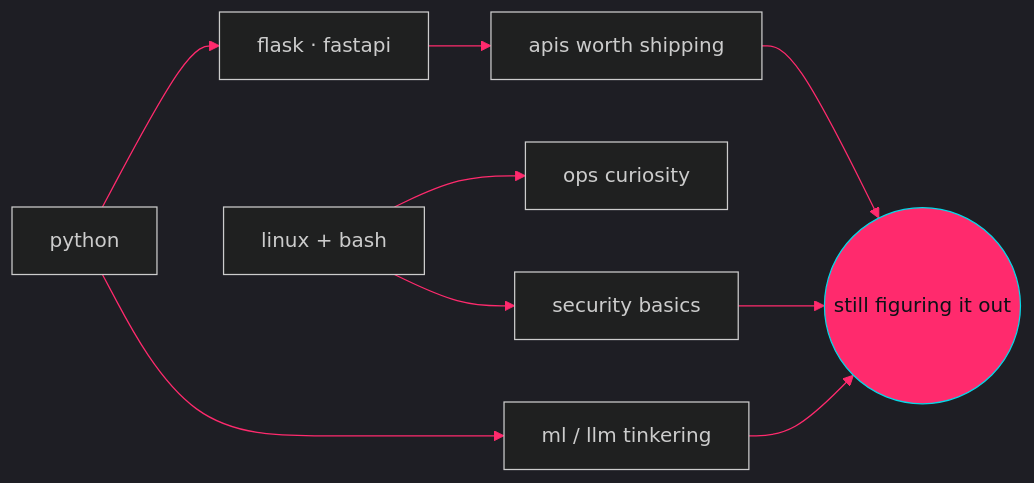
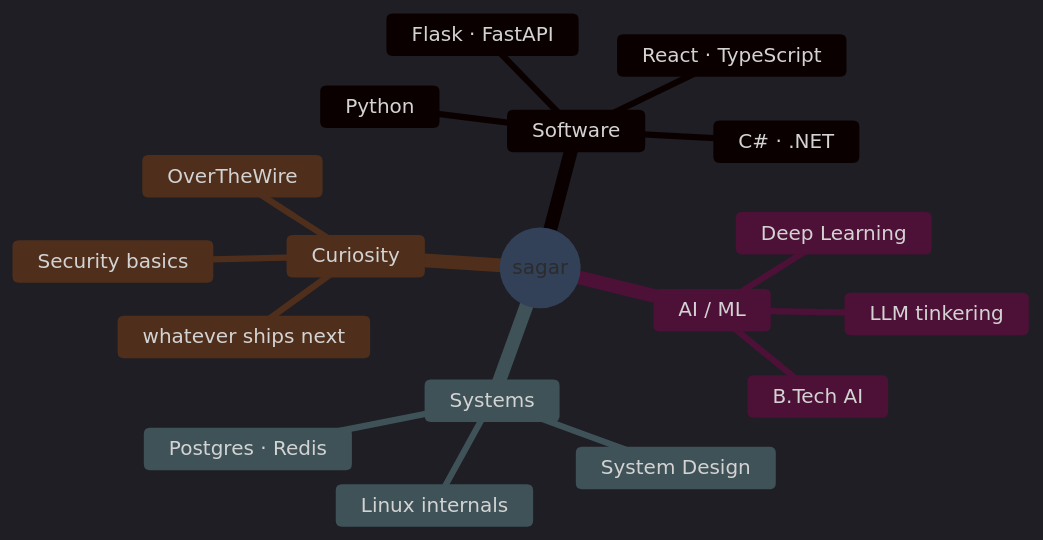
The diagram in README.md (GodSagar007/GodSagar007), drawn with Mermaid before and after one commit. The commit also changed other lines of this file, not shown here.

````diff
--- a/README.md
+++ b/README.md
@@ -99,13 +51,22 @@
 ```mermaid
 %%{init: {'theme':'dark', 'themeVariables': {'primaryColor':'#1a0b2e','primaryTextColor':'#05d9e8','primaryBorderColor':'#ff2a6d','lineColor':'#ff2a6d','secondaryColor':'#0d1117','tertiaryColor':'#16213e'}}}%%
-graph LR
-    PY[python] --> WEB[flask · fastapi]
-    PY --> ML[ml / llm tinkering]
-    LX[linux + bash] --> OPS[ops curiosity]
-    WEB --> APIS[apis worth shipping]
-    LX --> SEC[security basics]
-    APIS --> END((still figuring it out))
-    SEC --> END
-    ML --> END
-    style END fill:#ff2a6d,stroke:#05d9e8,color:#0d1117
+mindmap
+  root((sagar))
+    Software
+      Python
+      C# · .NET
+      React · TypeScript
+      Flask · FastAPI
+    AI / ML
+      B.Tech AI
+      Deep Learning
+      LLM tinkering
+    Systems
+      Linux internals
+      System Design
+      Postgres · Redis
+    Curiosity
+      Security basics
+      OverTheWire
+      whatever ships next
 ```
````
